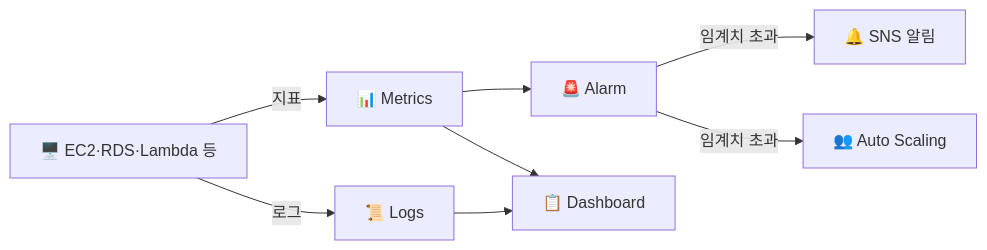
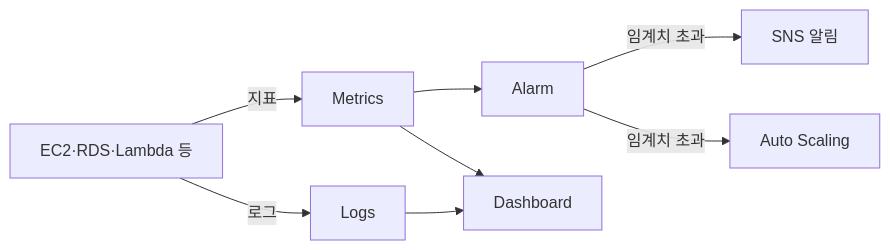
Before and after one commit to una0801/yoona-tech: the first of 2 diagrams in contents/aws/monitoring/cloudwatch/index.mdx, drawn with Mermaid. The commit also changed other lines of this file and 56 other files, not shown here.

````diff
--- a/contents/aws/monitoring/cloudwatch/index.mdx
+++ b/contents/aws/monitoring/cloudwatch/index.mdx
@@ -42,10 +25,10 @@
 ```mermaid
 flowchart LR
-    Res["🖥️ EC2·RDS·Lambda 등"] -->|지표| M["📊 Metrics"]
-    Res -->|로그| L["📜 Logs"]
-    M --> A["🚨 Alarm"]
-    A -->|임계치 초과| SNS["🔔 SNS 알림"]
-    A -->|임계치 초과| ASG["👥 Auto Scaling"]
-    M --> D["📋 Dashboard"]
+    Res["EC2·RDS·Lambda 등"] -->|지표| M["Metrics"]
+    Res -->|로그| L["Logs"]
+    M --> A["Alarm"]
+    A -->|임계치 초과| SNS["SNS 알림"]
+    A -->|임계치 초과| ASG["Auto Scaling"]
+    M --> D["Dashboard"]
     L --> D
 ```
````
